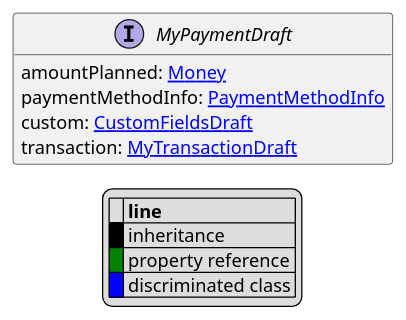
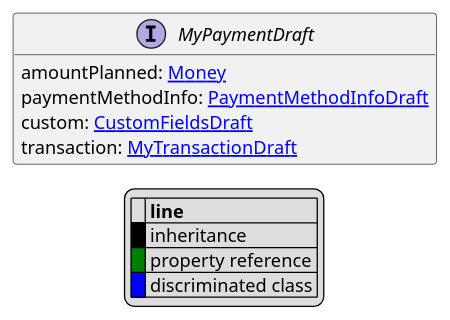
One commit to commercetools/commercetools-api-reference changed the diagram in uml/api/MyPaymentDraft.puml. Above: the diagram before and after it, drawn with PlantUML. The commit also changed 1996 other files, not shown here.

```diff
--- a/uml/api/MyPaymentDraft.puml
+++ b/uml/api/MyPaymentDraft.puml
@@ -1,23 +1,23 @@
 @startuml
 
 hide empty fields
 hide empty methods
 legend
 |= |= line |
 |<back:black>   </back>| inheritance |
 |<back:green>   </back>| property reference |
 |<back:blue>   </back>| discriminated class |
 endlegend
 interface MyPaymentDraft [[MyPaymentDraft.svg]]  {
     amountPlanned: [[Money.svg Money]]
-    paymentMethodInfo: [[PaymentMethodInfo.svg PaymentMethodInfo]]
+    paymentMethodInfo: [[PaymentMethodInfoDraft.svg PaymentMethodInfoDraft]]
     custom: [[CustomFieldsDraft.svg CustomFieldsDraft]]
     transaction: [[MyTransactionDraft.svg MyTransactionDraft]]
 }
 
 
 
 
 
 
 @enduml
```
